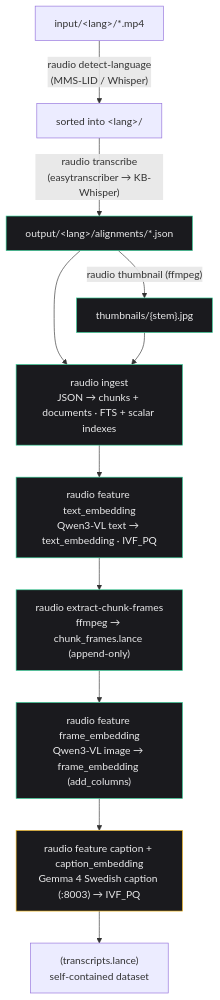
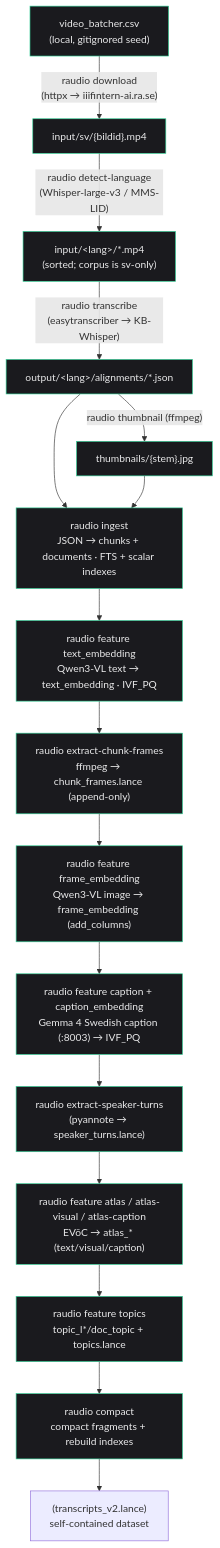
The third of 4 diagrams in docs/GUIDE.md (Borg93/lance-audio-demo), drawn with Mermaid before and after one commit. The commit also changed other lines of this file and 8 other files, not shown here.

````diff
--- a/docs/GUIDE.md
+++ b/docs/GUIDE.md
@@ -210,18 +213,21 @@
 ```mermaid
 flowchart TD
-    A["input/&lt;lang&gt;/*.mp4"] -->|"raudio detect-language<br/>(MMS-LID / Whisper)"| B["sorted into &lt;lang&gt;/"]
-    B -->|"raudio transcribe<br/>(easytranscriber → KB-Whisper)"| C["output/&lt;lang&gt;/alignments/*.json"]
+    S0["video_batcher.csv<br/>(local, gitignored seed)"] -->|"raudio download<br/>(httpx → iiifintern-ai.ra.se)"| S1["input/sv/{bildid}.mp4"]
+    S1 -->|"raudio detect-language<br/>(Whisper-large-v3 / MMS-LID)"| A["input/&lt;lang&gt;/*.mp4<br/>(sorted; corpus is sv-only)"]
+    A -->|"raudio transcribe<br/>(easytranscriber → KB-Whisper)"| C["output/&lt;lang&gt;/alignments/*.json"]
     C -->|"raudio thumbnail (ffmpeg)"| D["thumbnails/{stem}.jpg"]
     C --> E
     D --> E
     E["raudio ingest<br/>JSON → chunks + documents · FTS + scalar indexes"] --> F
     F["raudio feature text_embedding<br/>Qwen3-VL text → text_embedding · IVF_PQ"] --> G
     G["raudio extract-chunk-frames<br/>ffmpeg → chunk_frames.lance (append-only)"] --> H
     H["raudio feature frame_embedding<br/>Qwen3-VL image → frame_embedding (add_columns)"] --> I
-    I["raudio feature caption + caption_embedding<br/>Gemma 4 Swedish caption (:8003) → IVF_PQ"] --> DB["(transcripts.lance)<br/>self-contained dataset"]
+    I["raudio feature caption + caption_embedding<br/>Gemma 4 Swedish caption (:8003) → IVF_PQ"] --> J
+    J["raudio extract-speaker-turns<br/>(pyannote → speaker_turns.lance)"] --> K
+    K["raudio feature atlas / atlas-visual / atlas-caption<br/>EVōC → atlas_* (text/visual/caption)"] --> L
+    L["raudio feature topics<br/>topic_l*/doc_topic + topics.lance"] --> M
+    M["raudio compact<br/>compact fragments + rebuild indexes"] --> DB["(transcripts_v2.lance)<br/>self-contained dataset"]
 
     classDef done fill:#1a1a1e,stroke:#34d399,color:#e9e9ea;
-    classDef open fill:#1a1a1e,stroke:#fbbf24,color:#e9e9ea;
-    class C,D,E,F,G,H done;
-    class I open;
+    class S0,S1,A,C,D,E,F,G,H,I,J,K,L,M done;
 ```
````
